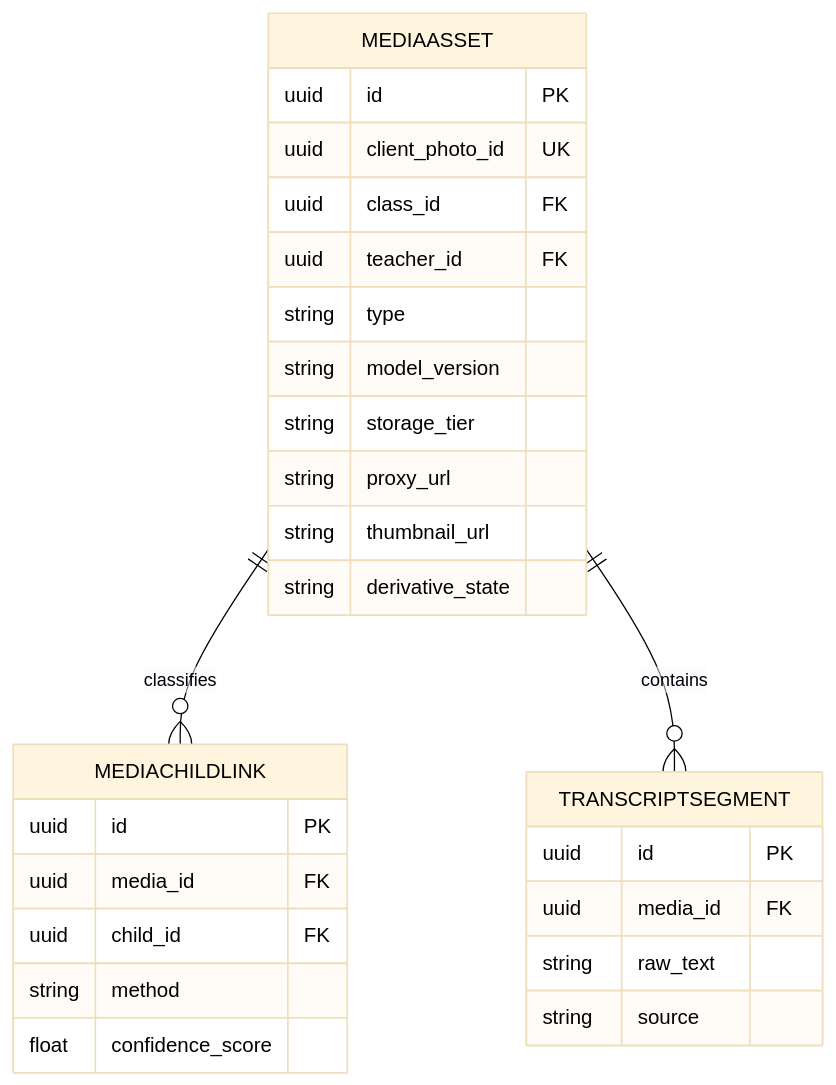
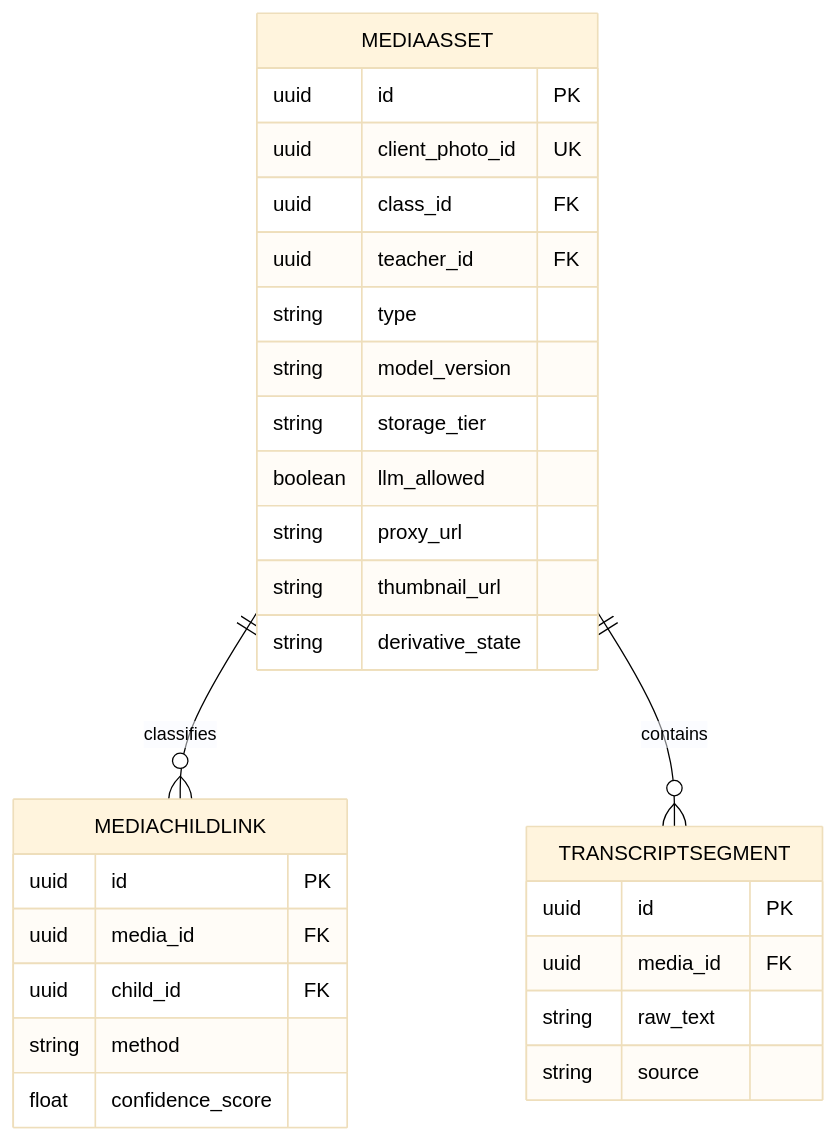
One commit to kakaotechcampus-4/ktc4-chungnam-4 changed the third of 8 diagrams in docs/테크스펙.md. Above: the diagram before and after it, drawn with Mermaid. The commit also changed other lines of this file and 2 other files, not shown here.

````diff
--- a/docs/테크스펙.md
+++ b/docs/테크스펙.md
@@ -520,31 +520,32 @@
 ```mermaid
 %%{init: {'theme':'base', 'themeVariables': {'primaryTextColor':'#000000','textColor':'#000000','lineColor':'#000000'}}}%%
 erDiagram
   MEDIAASSET {
     uuid id PK
     uuid client_photo_id UK
     uuid class_id FK
     uuid teacher_id FK
     string type
     string model_version
     string storage_tier
+    boolean llm_allowed
     string proxy_url
     string thumbnail_url
     string derivative_state
   }
   MEDIACHILDLINK {
     uuid id PK
     uuid media_id FK
     uuid child_id FK
     string method
     float confidence_score
   }
   TRANSCRIPTSEGMENT {
     uuid id PK
     uuid media_id FK
     string raw_text
     string source
   }
   MEDIAASSET ||--o{ MEDIACHILDLINK : classifies
   MEDIAASSET ||--o{ TRANSCRIPTSEGMENT : contains
 ```
````
